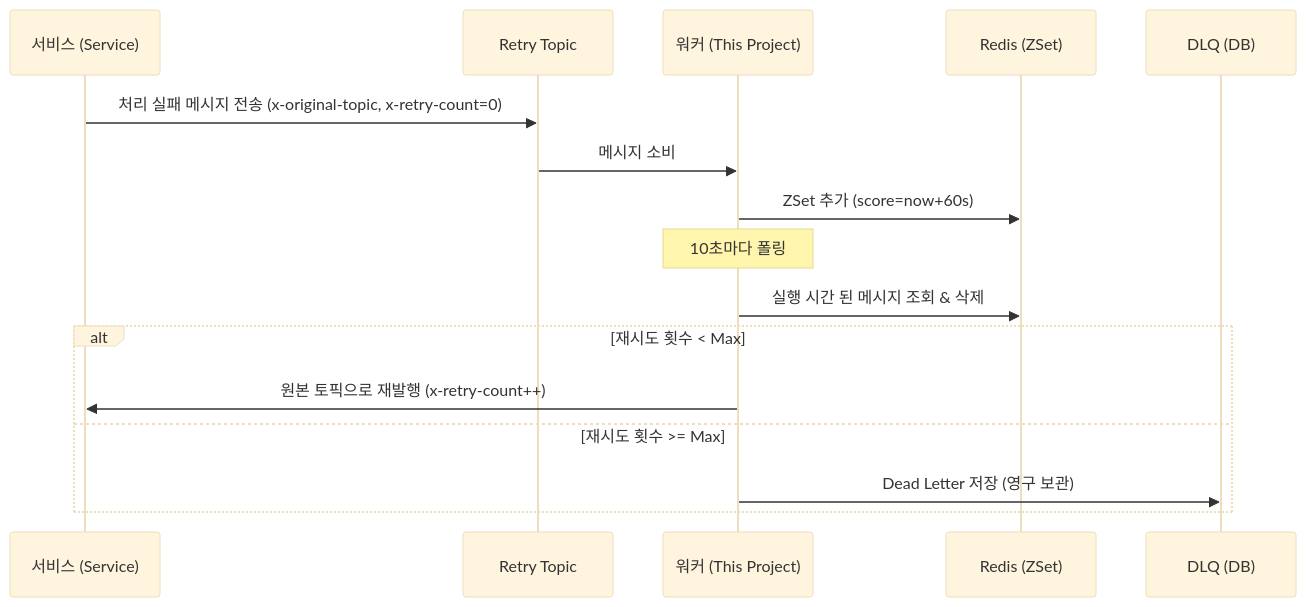
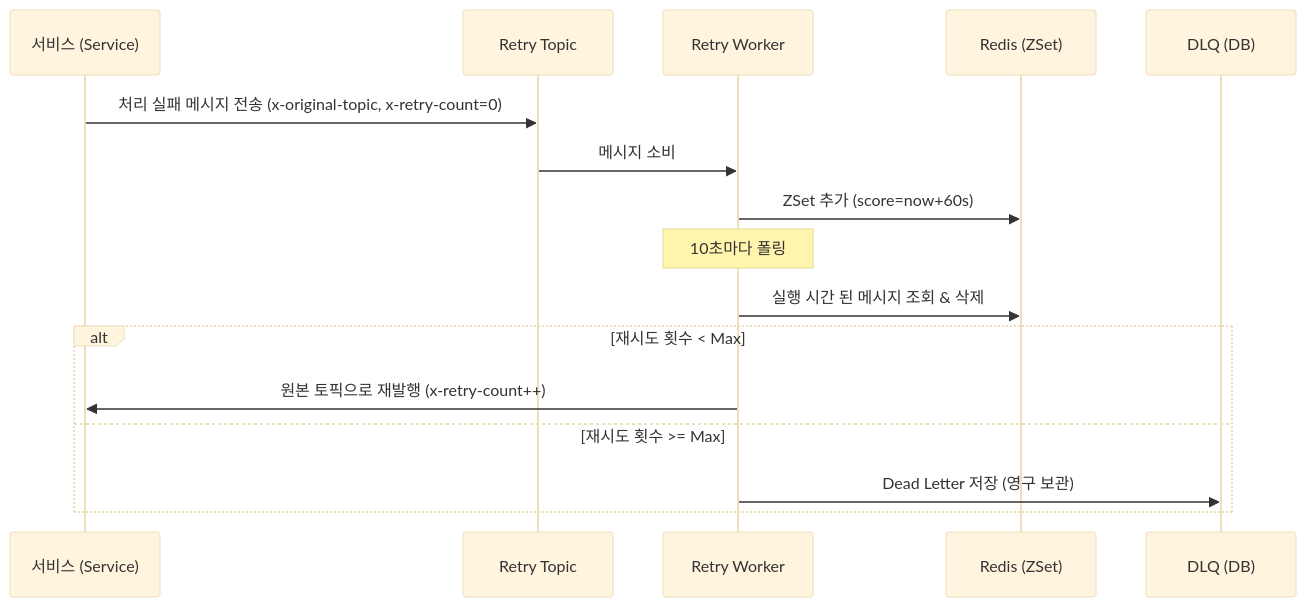
One commit to 1-sanghyeondong/kafka-consumer-dl changed the diagram in README.md. Above: the diagram before and after it, drawn with Mermaid (base theme). The commit also changed other lines of this file, not shown here.

````diff
--- a/README.md
+++ b/README.md
@@ -47,21 +114,21 @@
 ```mermaid
 sequenceDiagram
     participant S as 서비스 (Service)
     participant R as Retry Topic
-    participant W as 워커 (This Project)
+    participant W as Retry Worker
     participant Redis as Redis (ZSet)
     participant DB as DLQ (DB)
 
     S->>R: 처리 실패 메시지 전송 (x-original-topic, x-retry-count=0)
     R->>W: 메시지 소비
     W->>Redis: ZSet 추가 (score=now+60s)
     
     Note over W: 10초마다 폴링
     W->>Redis: 실행 시간 된 메시지 조회 & 삭제
     
     alt 재시도 횟수 < Max
         W->>S: 원본 토픽으로 재발행 (x-retry-count++)
     else 재시도 횟수 >= Max
         W->>DB: Dead Letter 저장 (영구 보관)
     end
 ```
````
